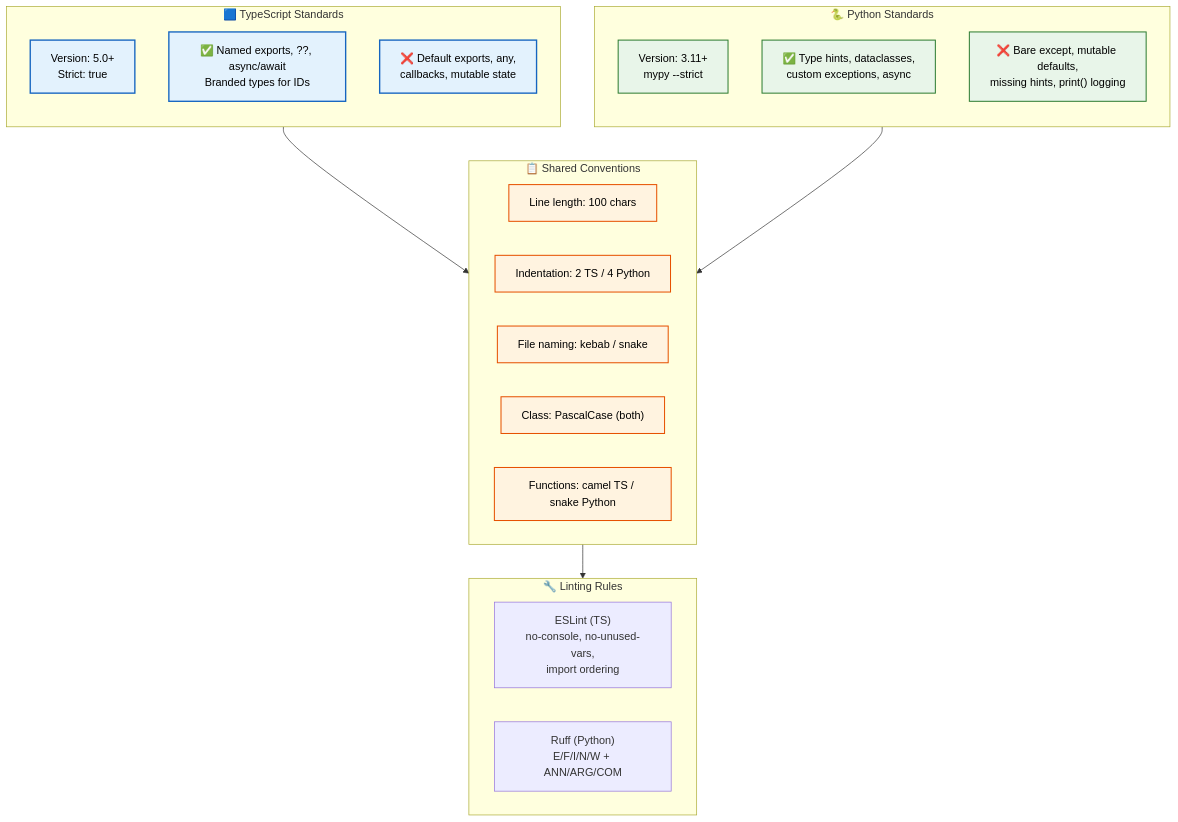
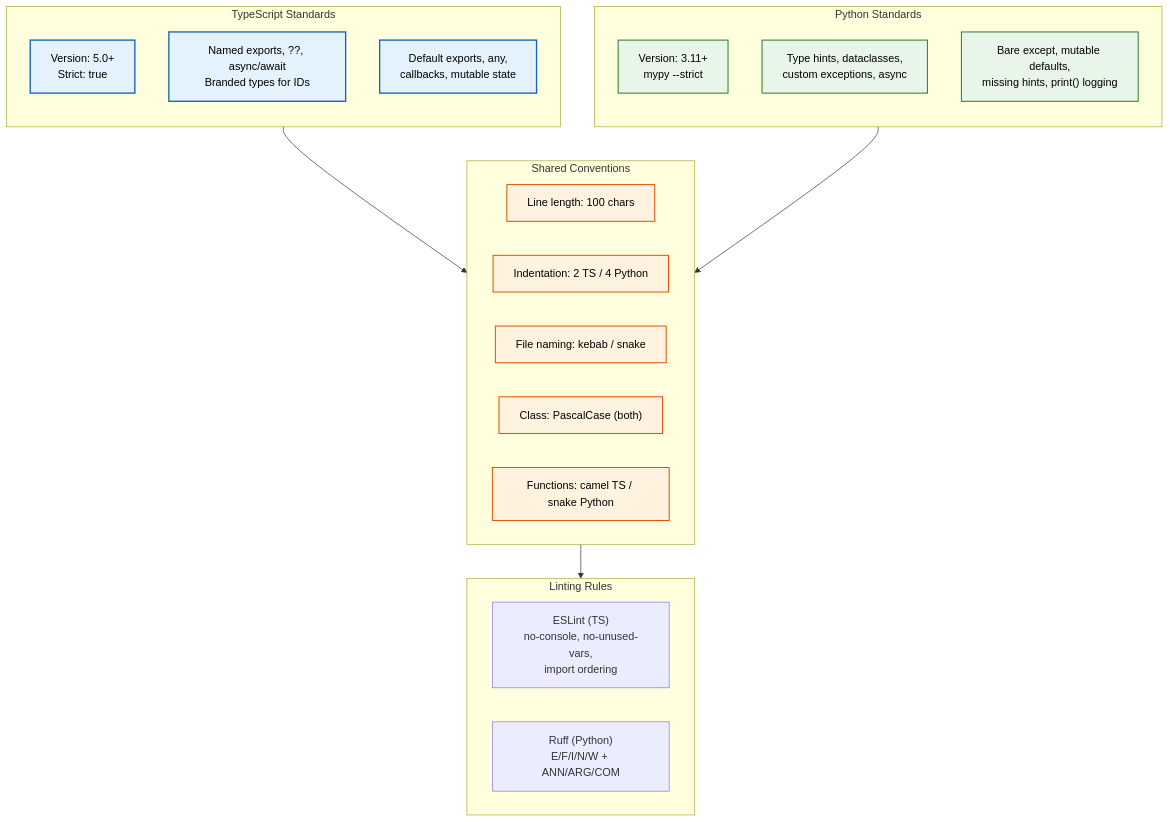
One commit to Driftloom/Vaeloom changed the diagram in docs/engineering/Coding-Standards.md. Above: the diagram before and after it, drawn with Mermaid. The commit also changed 694 other files, not shown here.

First line of the commit message:
docs: mermaid standardization — encoding/mermaid/duplicate cleanup

````diff
--- a/docs/engineering/Coding-Standards.md
+++ b/docs/engineering/Coding-Standards.md
@@ -18,40 +18,40 @@
 ```mermaid
 graph TD
-    classDef ts fill:#e3f2fd,stroke:#1565c0,color:#000,stroke-width:2px
-    classDef py fill:#e8f5e9,stroke:#2e7d32,color:#000,stroke-width:1.5px
-    classDef shared fill:#fff3e0,stroke:#e65100,color:#000,stroke-width:1.5px
+ classDef ts fill:#e3f2fd,stroke:#1565c0,color:#000,stroke-width:2px
+ classDef py fill:#e8f5e9,stroke:#2e7d32,color:#000,stroke-width:1.5px
+ classDef shared fill:#fff3e0,stroke:#e65100,color:#000,stroke-width:1.5px
 
-    subgraph TypeScript["🟦 TypeScript Standards"]
-        direction TB
-        T1["Version: 5.0+<br/>Strict: true"]
-        T2["✅ Named exports, ??, async/await<br/>Branded types for IDs"]
-        T3["❌ Default exports, any,<br/>callbacks, mutable state"]
-    end
+ subgraph TypeScript["TypeScript Standards"]
+ direction TB
+ T1["Version: 5.0+<br/>Strict: true"]
+ T2["Named exports, ??, async/await<br/>Branded types for IDs"]
+ T3["Default exports, any,<br/>callbacks, mutable state"]
+ end
 
-    subgraph Python["🐍 Python Standards"]
-        direction TB
-        P1["Version: 3.11+<br/>mypy --strict"]
-        P2["✅ Type hints, dataclasses,<br/>custom exceptions, async"]
-        P3["❌ Bare except, mutable defaults,<br/>missing hints, print() logging"]
-    end
+ subgraph Python["Python Standards"]
+ direction TB
+ P1["Version: 3.11+<br/>mypy --strict"]
+ P2["Type hints, dataclasses,<br/>custom exceptions, async"]
+ P3["Bare except, mutable defaults,<br/>missing hints, print() logging"]
+ end
 
-    subgraph Shared["📋 Shared Conventions"]
-        S1["Line length: 100 chars"]
-        S2["Indentation: 2 TS / 4 Python"]
-        S3["File naming: kebab / snake"]
-        S4["Class: PascalCase (both)"]
-        S5["Functions: camel TS / snake Python"]
-    end
+ subgraph Shared["Shared Conventions"]
+ S1["Line length: 100 chars"]
+ S2["Indentation: 2 TS / 4 Python"]
+ S3["File naming: kebab / snake"]
+ S4["Class: PascalCase (both)"]
+ S5["Functions: camel TS / snake Python"]
+ end
 
-    subgraph Linting["🔧 Linting Rules"]
-        L1["ESLint (TS)<br/>no-console, no-unused-vars,<br/>import ordering"]
-        L2["Ruff (Python)<br/>E/F/I/N/W + ANN/ARG/COM"]
-    end
+ subgraph Linting["Linting Rules"]
+ L1["ESLint (TS)<br/>no-console, no-unused-vars,<br/>import ordering"]
+ L2["Ruff (Python)<br/>E/F/I/N/W + ANN/ARG/COM"]
+ end
 
-    TypeScript & Python --> Shared --> Linting
+ TypeScript & Python--> Shared--> Linting
 
-    class T1,T2,T3 ts
-    class P1,P2,P3 py
-    class S1,S2,S3,S4,S5 shared
-    class L1,L2 lint
+ class T1,T2,T3 ts
+ class P1,P2,P3 py
+ class S1,S2,S3,S4,S5 shared
+ class L1,L2 lint
 ```
````
